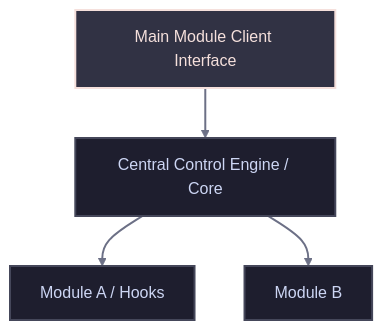
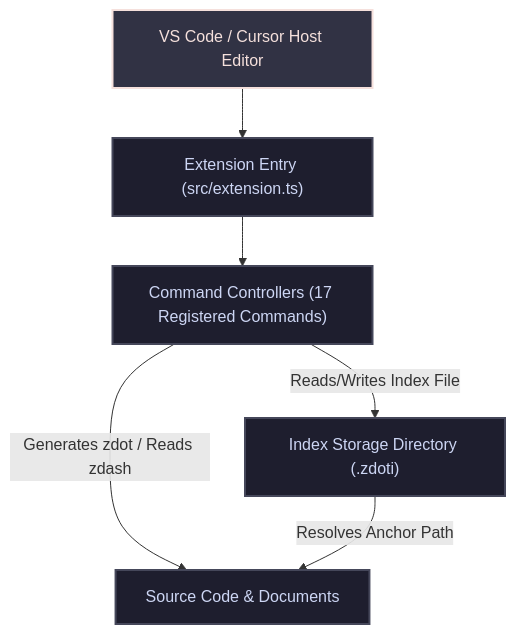
One commit to markcrobbins2112/ce-zdotter changed the diagram in AIMD/MANUAL.md. Above: the diagram before and after it, drawn with Mermaid. The commit also changed other lines of this file and 6 other files, not shown here.

````diff
--- a/AIMD/MANUAL.md
+++ b/AIMD/MANUAL.md
@@ -63,27 +65,20 @@
 ```mermaid
 graph TD
-    %% Custom Dark Theme Definition
-
-    %% Define Styles
     classDef darkNode fill:#1e1e2e,stroke:#45475a,stroke-width:2px,color:#cdd6f4;
     classDef mainNode fill:#313244,stroke:#f5e0dc,stroke-width:2px,color:#f5e0dc;
 
-    %% Define Nodes
-    Main["Main Module Client Interface"]
-    Core["Central Control Engine / Core"]
-    ModA["Module A / Hooks"]
-    ModB["Module B"]
+    VSCode["VS Code / Cursor Host Editor"]
+    ExtMain["Extension Entry (src/extension.ts)"]
+    Cmds["Command Controllers (17 Registered Commands)"]
+    ZdotiStorage["Index Storage Directory (.zdoti)"]
+    TargetFiles["Source Code & Documents"]
 
-    %% Apply Styles
-    class Main mainNode;
-    class Core,ModA,ModB darkNode;
+    class VSCode mainNode;
+    class ExtMain,Cmds,ZdotiStorage,TargetFiles darkNode;
 
-    %% Define Flow Connections
-    Main --> Core
-    Core --> ModA
-    Core --> ModB
-
-    %% Link Customization
-    linkStyle default stroke:#6c7086,stroke-width:2px;
-
+    VSCode --> ExtMain
+    ExtMain --> Cmds
+    Cmds -->|Generates zdot / Reads zdash| TargetFiles
+    Cmds -->|Reads/Writes Index File| ZdotiStorage
+    ZdotiStorage -->|Resolves Anchor Path| TargetFiles
 ```
````
